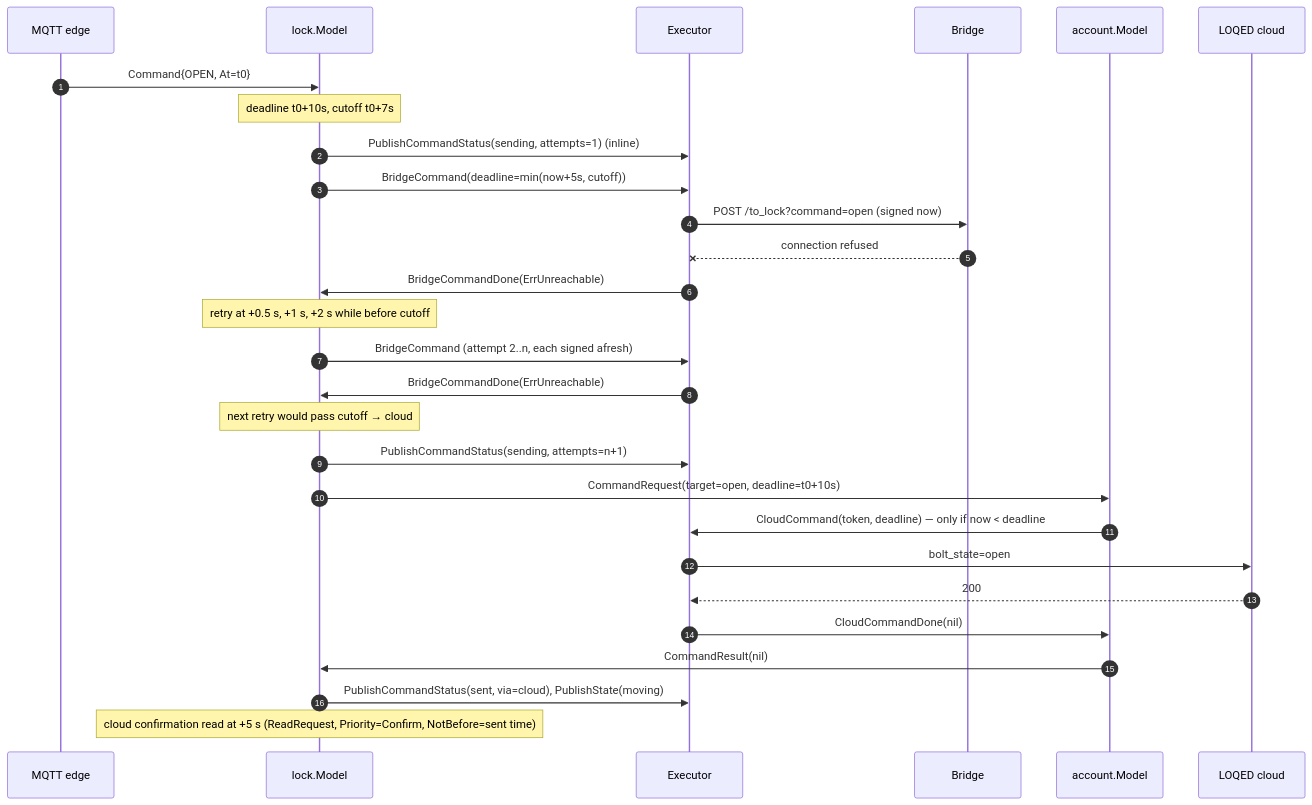
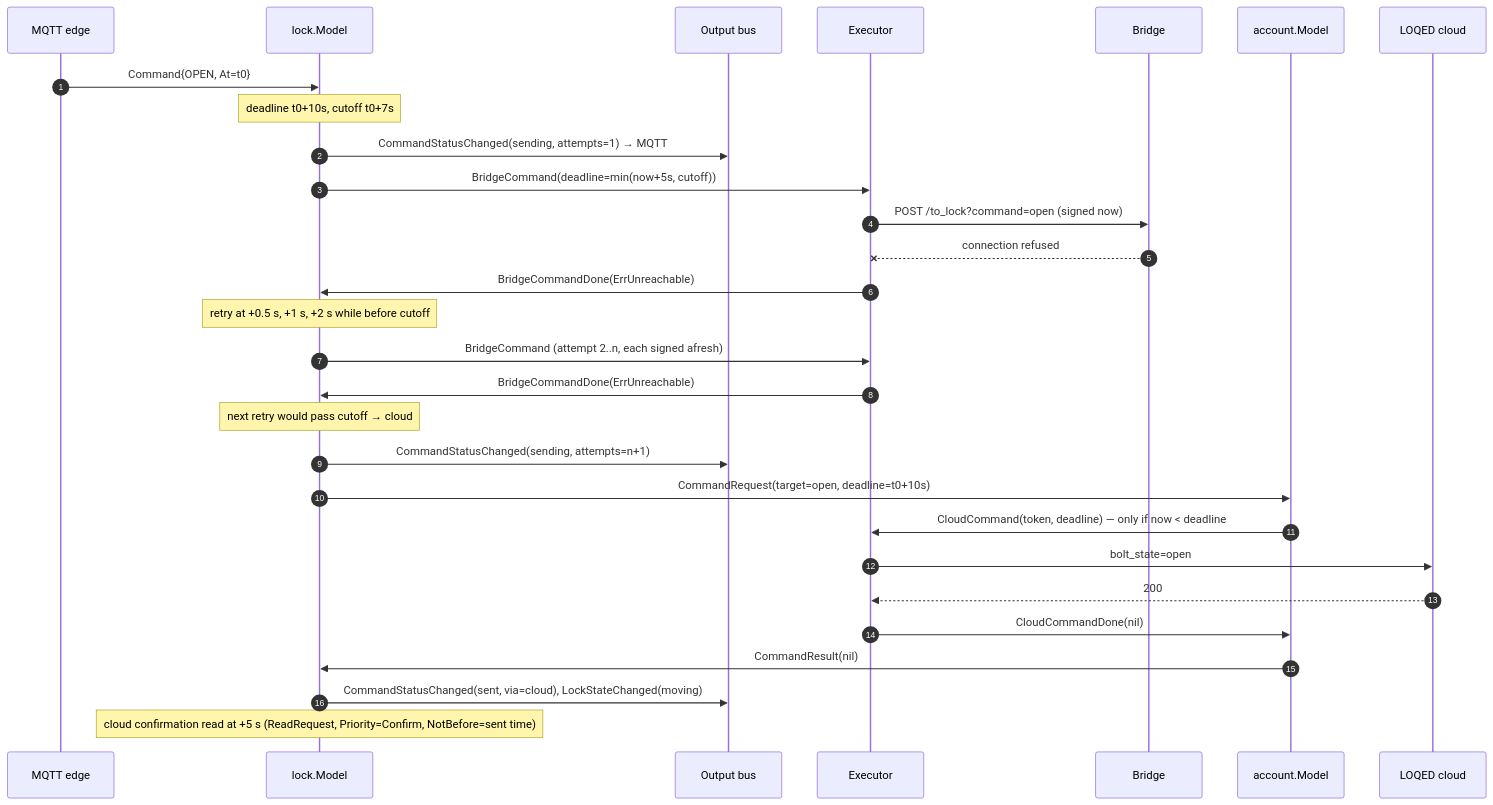
Before and after one commit to t3hk0d3/go-loqed: the third of 5 diagrams in docs/superpowers/specs/2026-10-10-elm-architecture-design.md, drawn with Mermaid. The commit also changed other lines of this file, not shown here.

Commit message:
spec: output bus for facts; clarify behaviour differences

````diff
--- a/docs/superpowers/specs/2026-10-10-elm-architecture-design.md
+++ b/docs/superpowers/specs/2026-10-10-elm-architecture-design.md
@@ -255,31 +294,32 @@
 ```mermaid
 sequenceDiagram
     autonumber
     participant MQ as MQTT edge
     participant L as lock.Model
+    participant O as Output bus
     participant X as Executor
     participant B as Bridge
     participant A as account.Model
     participant C as LOQED cloud
 
     MQ->>L: Command{OPEN, At=t0}
     Note over L: deadline t0+10s, cutoff t0+7s
-    L->>X: PublishCommandStatus(sending, attempts=1) (inline)
+    L->>O: CommandStatusChanged(sending, attempts=1) → MQTT
     L->>X: BridgeCommand(deadline=min(now+5s, cutoff))
     X->>B: POST /to_lock?command=open (signed now)
     B--xX: connection refused
     X->>L: BridgeCommandDone(ErrUnreachable)
     Note over L: retry at +0.5 s, +1 s, +2 s while before cutoff
     L->>X: BridgeCommand (attempt 2..n, each signed afresh)
     X->>L: BridgeCommandDone(ErrUnreachable)
     Note over L: next retry would pass cutoff → cloud
-    L->>X: PublishCommandStatus(sending, attempts=n+1)
+    L->>O: CommandStatusChanged(sending, attempts=n+1)
     L->>A: CommandRequest(target=open, deadline=t0+10s)
     A->>X: CloudCommand(token, deadline) — only if now < deadline
     X->>C: bolt_state=open
     C-->>X: 200
     X->>A: CloudCommandDone(nil)
     A->>L: CommandResult(nil)
-    L->>X: PublishCommandStatus(sent, via=cloud), PublishState(moving)
+    L->>O: CommandStatusChanged(sent, via=cloud), LockStateChanged(moving)
     Note over L: cloud confirmation read at +5 s (ReadRequest, Priority=Confirm, NotBefore=sent time)
 ```
````
